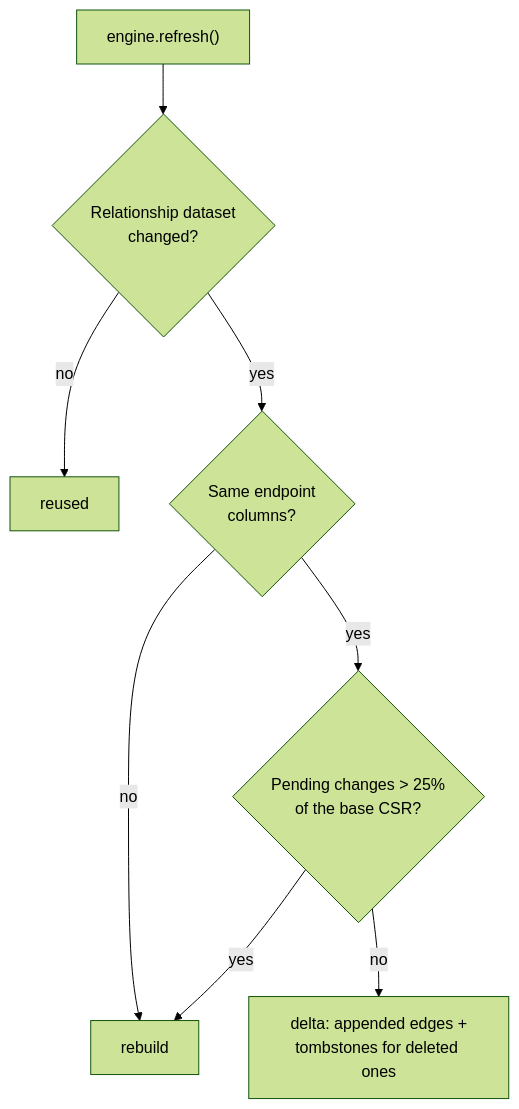
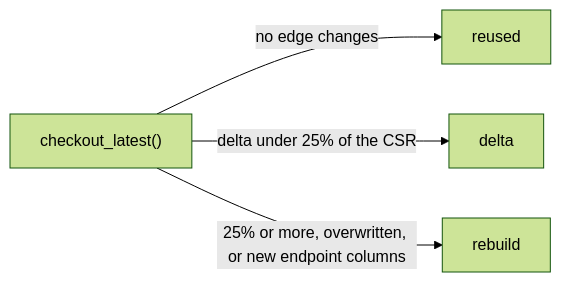
Before and after one commit to hyperdimensionalcomputingai/lance-csr: the second of 2 diagrams in docs/csr.md, drawn with Mermaid (forest theme). The commit also changed other lines of this file and 46 other files, not shown here.

First line of the commit message:
feat(csr)!: store the csr inside each lance dataset and pack edge rows (#109)

````diff
--- a/docs/csr.md
+++ b/docs/csr.md
@@ -294,10 +355,6 @@
-```mermaid
-flowchart TD
-    R["engine.refresh()"] --> V{"Relationship dataset<br/>changed?"}
-    V -- no --> U["reused"]
-    V -- yes --> D{"Same endpoint<br/>columns?"}
-    D -- no --> RB["rebuild"]
-    D -- yes --> S{"Pending changes > 25%<br/>of the base CSR?"}
-    S -- yes --> RB
-    S -- no --> DL["delta: appended edges +<br/>tombstones for deleted ones"]
-```
+    ```mermaid
+    flowchart LR
+        R["checkout_latest()"] -- "no edge changes" --> U["reused"]
+        R -- "delta under 25% of the CSR" --> DL["delta"]
+        R -- "25% or more, overwritten, or new endpoint columns" --> RB["rebuild"]
+    ```
````
